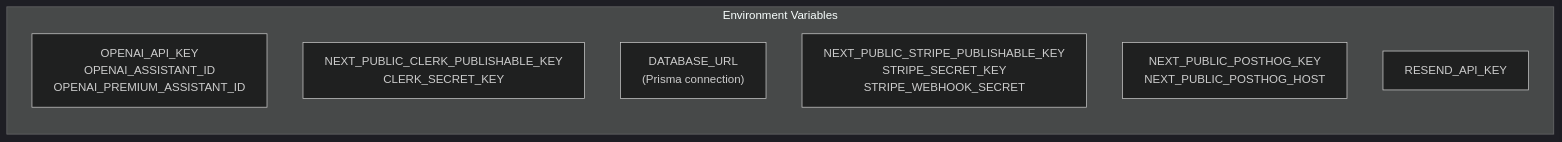
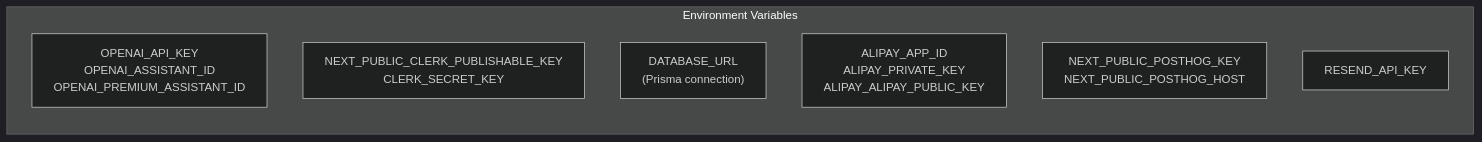
Before and after one commit to duzhongli-d/contractagent: the second of 3 diagrams in docs/architecture/SYSTEM_OVERVIEW.md, drawn with Mermaid (dark theme). The commit also changed other lines of this file and 38 other files, not shown here.

````diff
--- a/docs/architecture/SYSTEM_OVERVIEW.md
+++ b/docs/architecture/SYSTEM_OVERVIEW.md
@@ -129,11 +152,11 @@
 ```mermaid
 graph LR
     subgraph Environment["Environment Variables"]
         OpenAIEnv["OPENAI_API_KEY<br/>OPENAI_ASSISTANT_ID<br/>OPENAI_PREMIUM_ASSISTANT_ID"]
         ClerkEnv["NEXT_PUBLIC_CLERK_PUBLISHABLE_KEY<br/>CLERK_SECRET_KEY"]
         PostgreSQLEnv["DATABASE_URL<br/>(Prisma connection)"]
-        StripeEnv["NEXT_PUBLIC_STRIPE_PUBLISHABLE_KEY<br/>STRIPE_SECRET_KEY<br/>STRIPE_WEBHOOK_SECRET"]
+        AlipayEnv["ALIPAY_APP_ID<br/>ALIPAY_PRIVATE_KEY<br/>ALIPAY_ALIPAY_PUBLIC_KEY"]
         PostHogEnv["NEXT_PUBLIC_POSTHOG_KEY<br/>NEXT_PUBLIC_POSTHOG_HOST"]
         ResendEnv["RESEND_API_KEY"]
     end
 ```
````
